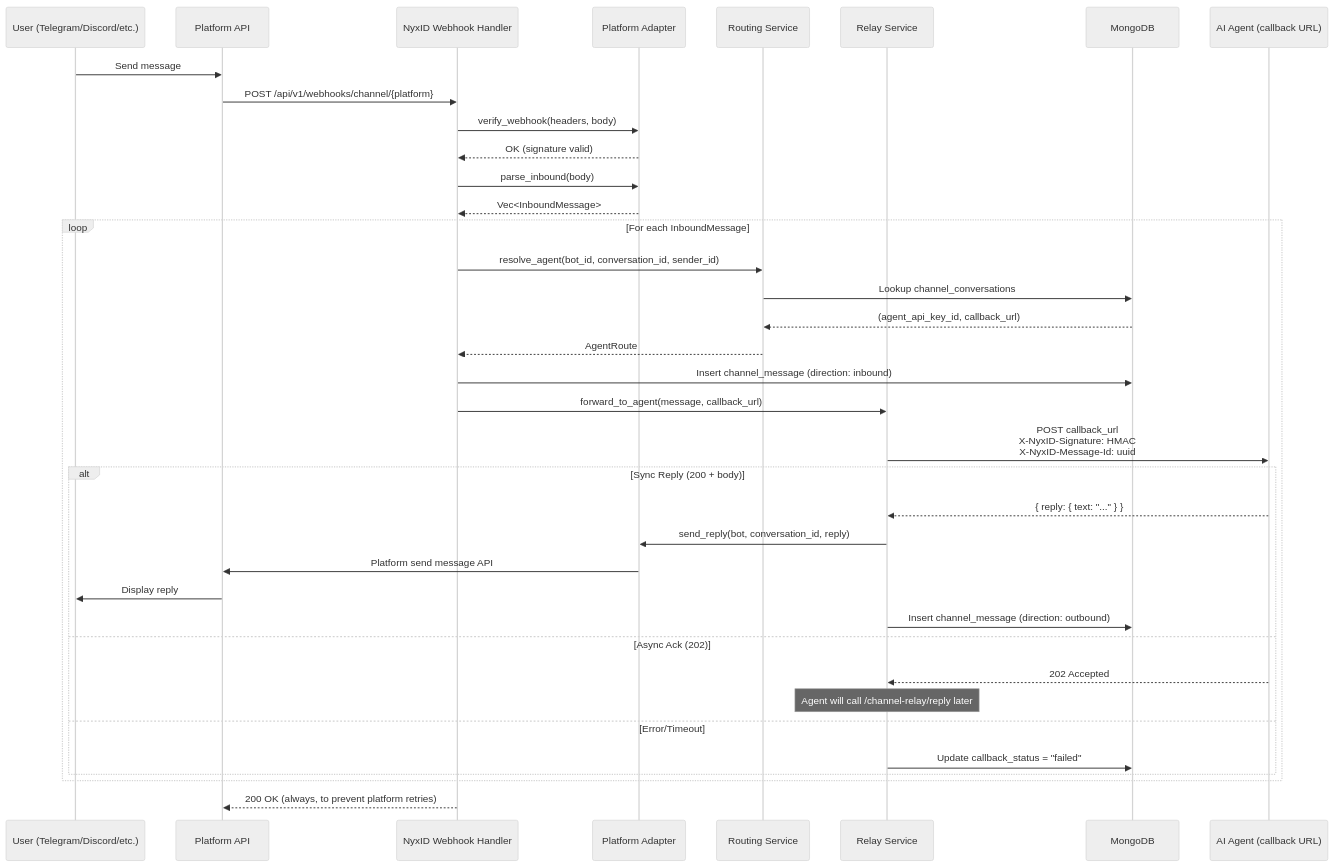
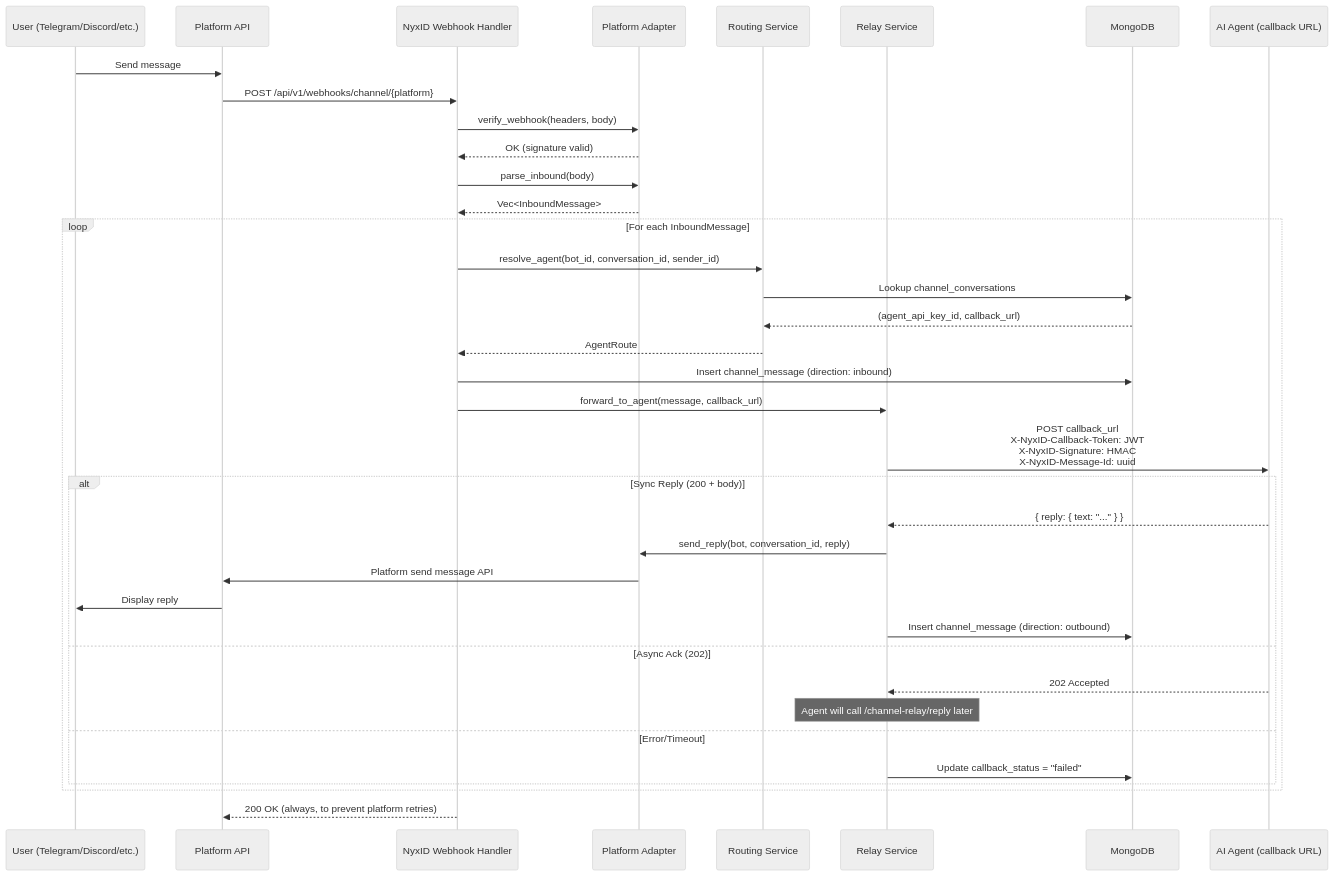
The second of 16 diagrams in docs/CHANNEL_BOT_RELAY.md (yonasBSD/NyxID), drawn with Mermaid (neutral theme) before and after one commit. The commit also changed other lines of this file and 14 other files, not shown here.

First line of the commit message:
feat(crypto): add channel relay callback jwt

````diff
--- a/docs/CHANNEL_BOT_RELAY.md
+++ b/docs/CHANNEL_BOT_RELAY.md
@@ -83,45 +83,45 @@
 ```mermaid
 sequenceDiagram
     participant U as User (Telegram/Discord/etc.)
     participant P as Platform API
     participant W as NyxID Webhook Handler
     participant A as Platform Adapter
     participant R as Routing Service
     participant RL as Relay Service
     participant DB as MongoDB
     participant AG as AI Agent (callback URL)
 
     U->>P: Send message
     P->>W: POST /api/v1/webhooks/channel/{platform}
     W->>A: verify_webhook(headers, body)
     A-->>W: OK (signature valid)
     W->>A: parse_inbound(body)
     A-->>W: Vec<InboundMessage>
 
     loop For each InboundMessage
         W->>R: resolve_agent(bot_id, conversation_id, sender_id)
         R->>DB: Lookup channel_conversations
         DB-->>R: (agent_api_key_id, callback_url)
         R-->>W: AgentRoute
 
         W->>DB: Insert channel_message (direction: inbound)
 
         W->>RL: forward_to_agent(message, callback_url)
-        RL->>AG: POST callback_url<br/>X-NyxID-Signature: HMAC<br/>X-NyxID-Message-Id: uuid
+        RL->>AG: POST callback_url<br/>X-NyxID-Callback-Token: JWT<br/>X-NyxID-Signature: HMAC<br/>X-NyxID-Message-Id: uuid
 
         alt Sync Reply (200 + body)
             AG-->>RL: { reply: { text: "..." } }
             RL->>A: send_reply(bot, conversation_id, reply)
             A->>P: Platform send message API
             P->>U: Display reply
             RL->>DB: Insert channel_message (direction: outbound)
         else Async Ack (202)
             AG-->>RL: 202 Accepted
             Note over RL: Agent will call /channel-relay/reply later
         else Error/Timeout
             RL->>DB: Update callback_status = "failed"
         end
     end
 
     W-->>P: 200 OK (always, to prevent platform retries)
 ```
````
